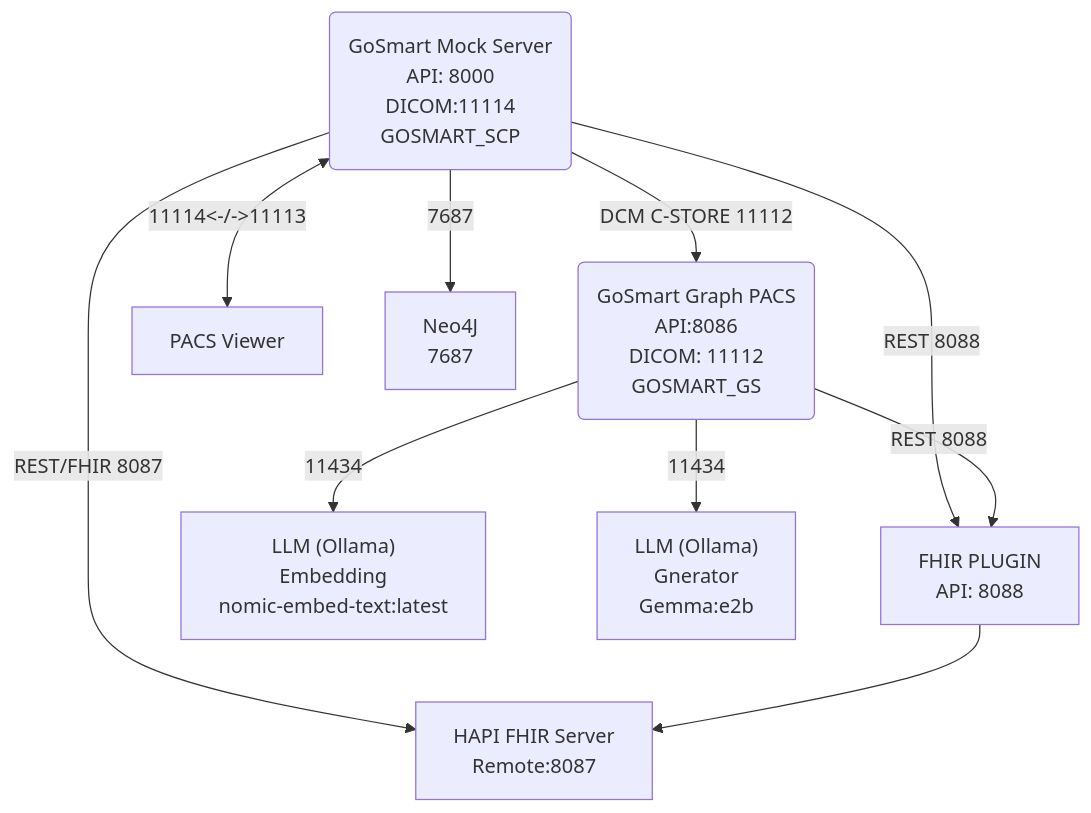
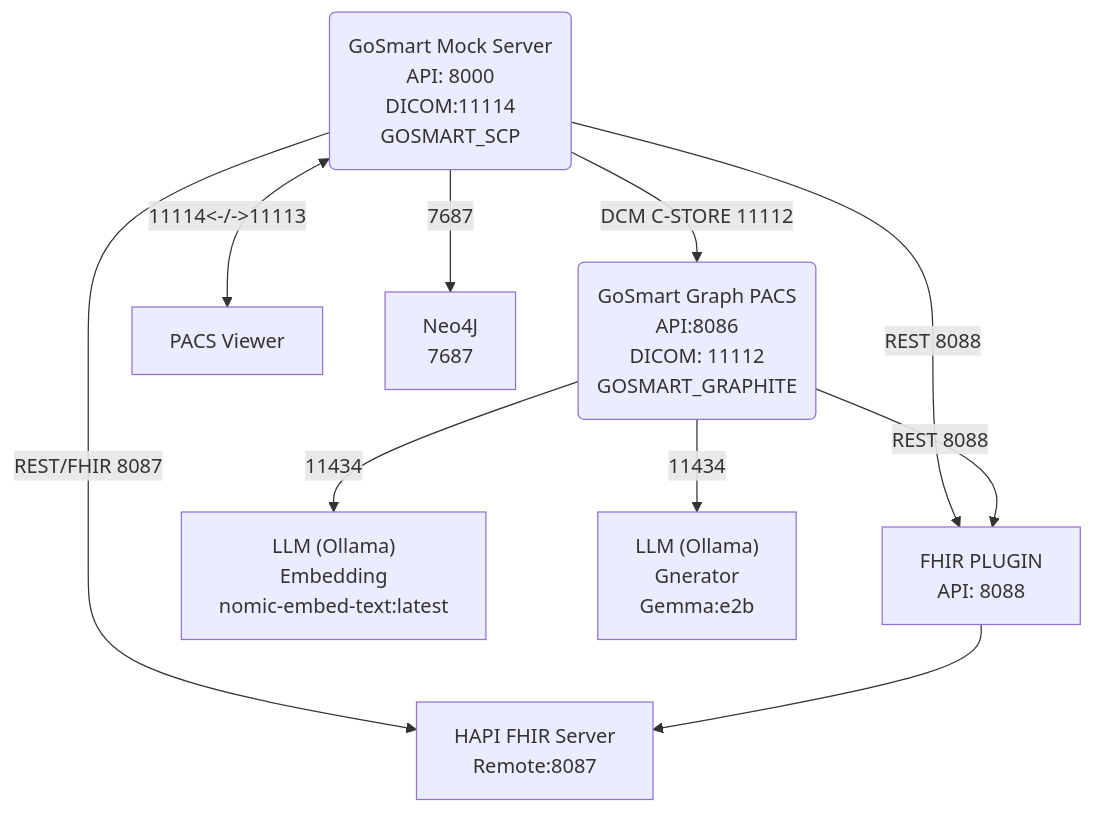
Before and after one commit to gosmart-health/gosmart-graphite: the first of 2 diagrams in README.md, drawn with Mermaid. The commit also changed other lines of this file and 6 other files, not shown here.

First line of the commit message:
(fix) align default DICOM AE title with Graphite branding

````diff
--- a/README.md
+++ b/README.md
@@ -963,13 +963,14 @@
 ```mermaid
 flowchart TD
     n2["GoSmart Mock Server<br>API: 8000<br>DICOM:11114<br>GOSMART_SCP"] -- REST 8088 --> n3["FHIR PLUGIN<br>API: 8088"]
     n2 -- REST/FHIR 8087 --> n4["HAPI FHIR Server<br>Remote:8087"]
-    n1["GoSmart Graph PACS<br>API:8086<br>DICOM: 11112<br>GOSMART_GS"] -- REST 8088 --> n3
+    n1["GoSmart Graph PACS<br>API:8086<br>DICOM: 11112<br>GOSMART_GRAPHITE"] -- 
+REST 8088 --> n3
     n2 -- " DCM C-STORE 11112 " --> n1
     n3 --> n4
     n2 <-- " 11114&lt;-/-&gt;11113 " --> n5["PACS Viewer"]
     n2 -- 7687 --> n6["Neo4J<br>7687"]
     n1 -- 11434 --> n7["LLM (Ollama)<br>Embedding<br>nomic-embed-text:latest"] & n8["LLM (Ollama)<br>Gnerator<br>Gemma:e2b"]
     n2@{ shape: rounded}
     n1@{ shape: rounded}
 ```
````
